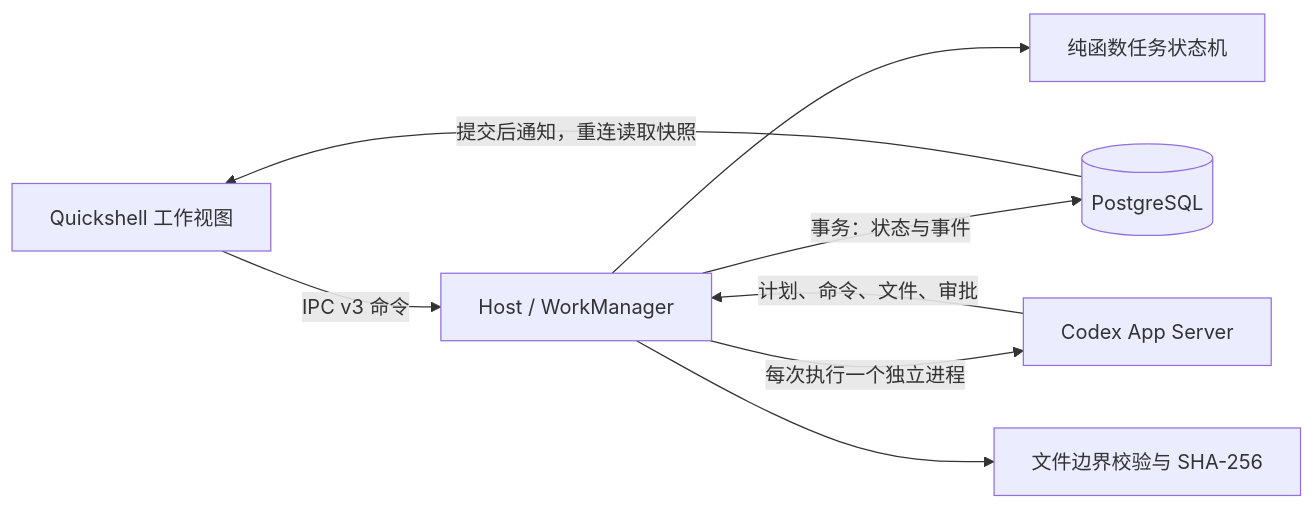
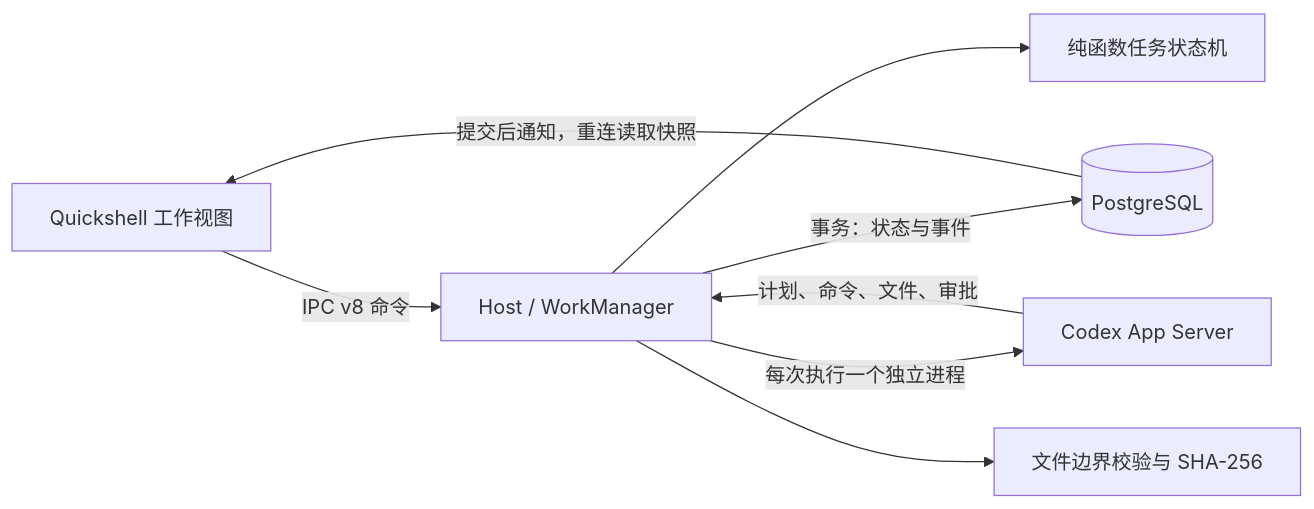
Before and after one commit to Emiya173/voidmaker: the diagram in docs/WORK_TASKS.md, drawn with Mermaid. The commit also changed other lines of this file and 17 other files, not shown here.

````diff
--- a/docs/WORK_TASKS.md
+++ b/docs/WORK_TASKS.md
@@ -18,10 +18,10 @@
 ```mermaid
 flowchart LR
-  Q[Quickshell 工作视图] -->|IPC v3 命令| H[Host / WorkManager]
+  Q[Quickshell 工作视图] -->|IPC v8 命令| H[Host / WorkManager]
   H --> D[纯函数任务状态机]
   H -->|事务：状态与事件| P[(PostgreSQL)]
   H -->|每次执行一个独立进程| C[Codex App Server]
   C -->|计划、命令、文件、审批| H
   H --> F[文件边界校验与 SHA-256]
   P -->|提交后通知，重连读取快照| Q
 ```
````
